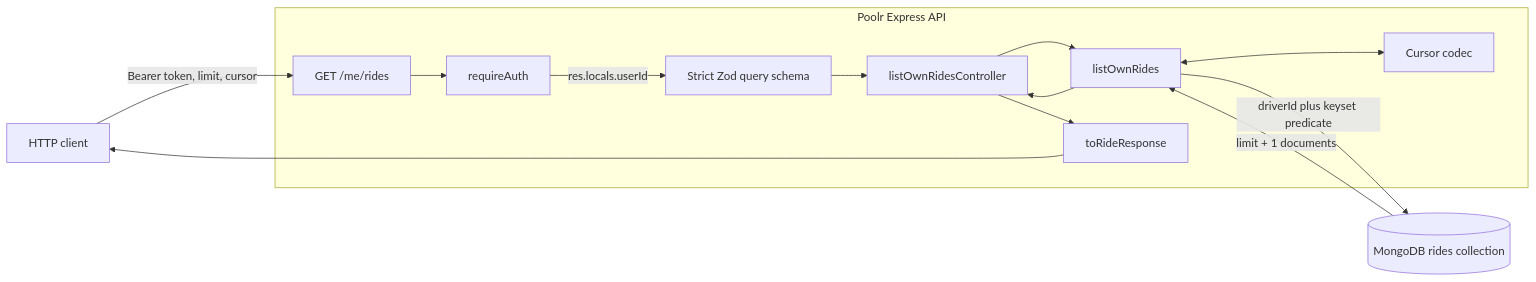
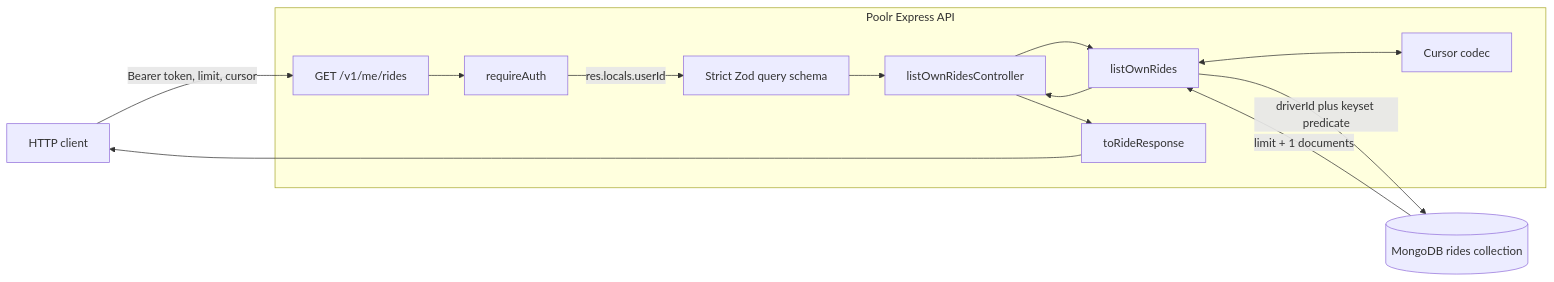
The first of 2 diagrams in docs/architecture/driver-ride-listing.md (Rithvik911/Poolr), drawn with Mermaid before and after one commit. The commit also changed other lines of this file and 29 other files, not shown here.

````diff
--- a/docs/architecture/driver-ride-listing.md
+++ b/docs/architecture/driver-ride-listing.md
@@ -7,28 +7,28 @@
 ```mermaid
 flowchart LR
     Client[HTTP client]
 
     subgraph API[Poolr Express API]
-        Router[GET /me/rides]
+        Router[GET /v1/me/rides]
         Guard[requireAuth]
         Validator[Strict Zod query schema]
         Controller[listOwnRidesController]
         Service[listOwnRides]
         Mapper[toRideResponse]
         Cursor[Cursor codec]
     end
 
     Mongo[(MongoDB rides collection)]
 
     Client -->|Bearer token, limit, cursor| Router
     Router --> Guard
     Guard -->|res.locals.userId| Validator
     Validator --> Controller
     Controller --> Service
     Service <--> Cursor
     Service -->|driverId plus keyset predicate| Mongo
     Mongo -->|limit + 1 documents| Service
     Service --> Controller
     Controller --> Mapper
     Mapper --> Client
 ```
````
